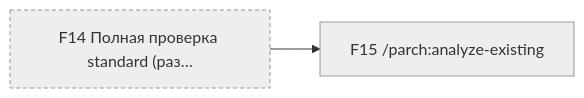
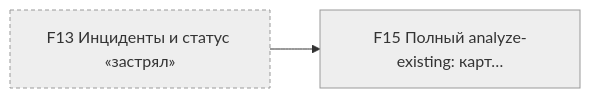
Before and after one commit to pete-doc/project-architect: the fourth of 6 diagrams in state/STATUS.md, drawn with Mermaid. The commit also changed other lines of this file and 2 other files, not shown here.

````diff
--- a/state/STATUS.md
+++ b/state/STATUS.md
@@ -111,13 +114,13 @@
 ```mermaid
 graph LR
-  F15["F15 /parch:analyze-existing"]
-  F14["F14 Полная проверка standard (раз…"]
-  F14 --> F15
+  F15["F15 Полный analyze-existing: карт…"]
+  F13["F13 Инциденты и статус «застрял»"]
+  F13 --> F15
   classDef done fill:#d4f4dd,stroke:#2e8b57
   classDef work fill:#fff3c4,stroke:#c79100
   classDef blocked fill:#ffd6d6,stroke:#c0392b
   classDef later fill:#eeeeee,stroke:#999999
   classDef outside stroke-dasharray: 4 3
-  class F15,F14 later
-  class F14 outside
+  class F15,F13 later
+  class F13 outside
 ```
````
